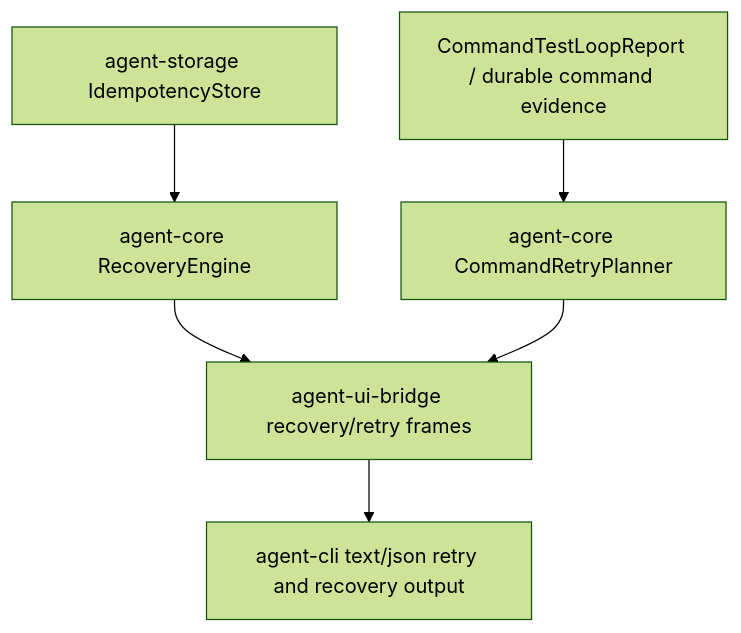
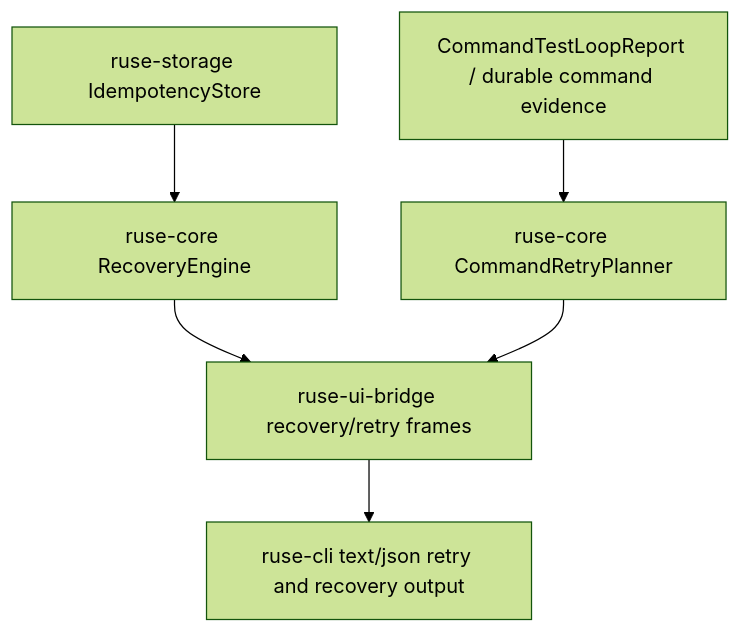
Before and after one commit to poneding/agent: the diagram in docs/specs/M62-03-idempotent-retry-ux.spec.md, drawn with Mermaid (forest theme). The commit also changed other lines of this file and 2091 other files, not shown here.

First line of the commit message:
refactor: rename agent branding to ruse

````diff
--- a/docs/specs/M62-03-idempotent-retry-ux.spec.md
+++ b/docs/specs/M62-03-idempotent-retry-ux.spec.md
@@ -37,8 +37,8 @@
 ```mermaid
 flowchart TD
-  CommandReport["CommandTestLoopReport / durable command evidence"] --> RetryPlanner["agent-core CommandRetryPlanner"]
-  Idempotency["agent-storage IdempotencyStore"] --> Recovery["agent-core RecoveryEngine"]
-  Recovery --> Bridge["agent-ui-bridge recovery/retry frames"]
+  CommandReport["CommandTestLoopReport / durable command evidence"] --> RetryPlanner["ruse-core CommandRetryPlanner"]
+  Idempotency["ruse-storage IdempotencyStore"] --> Recovery["ruse-core RecoveryEngine"]
+  Recovery --> Bridge["ruse-ui-bridge recovery/retry frames"]
   RetryPlanner --> Bridge
-  Bridge --> CLI["agent-cli text/json retry and recovery output"]
+  Bridge --> CLI["ruse-cli text/json retry and recovery output"]
 ```
````
